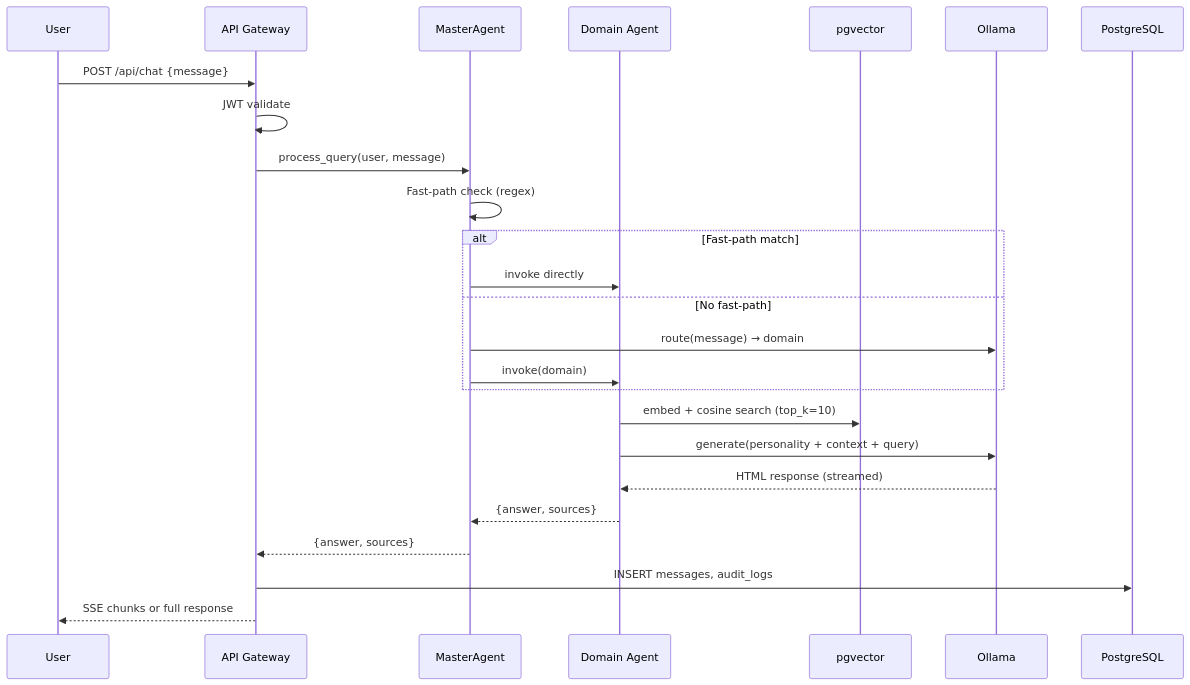
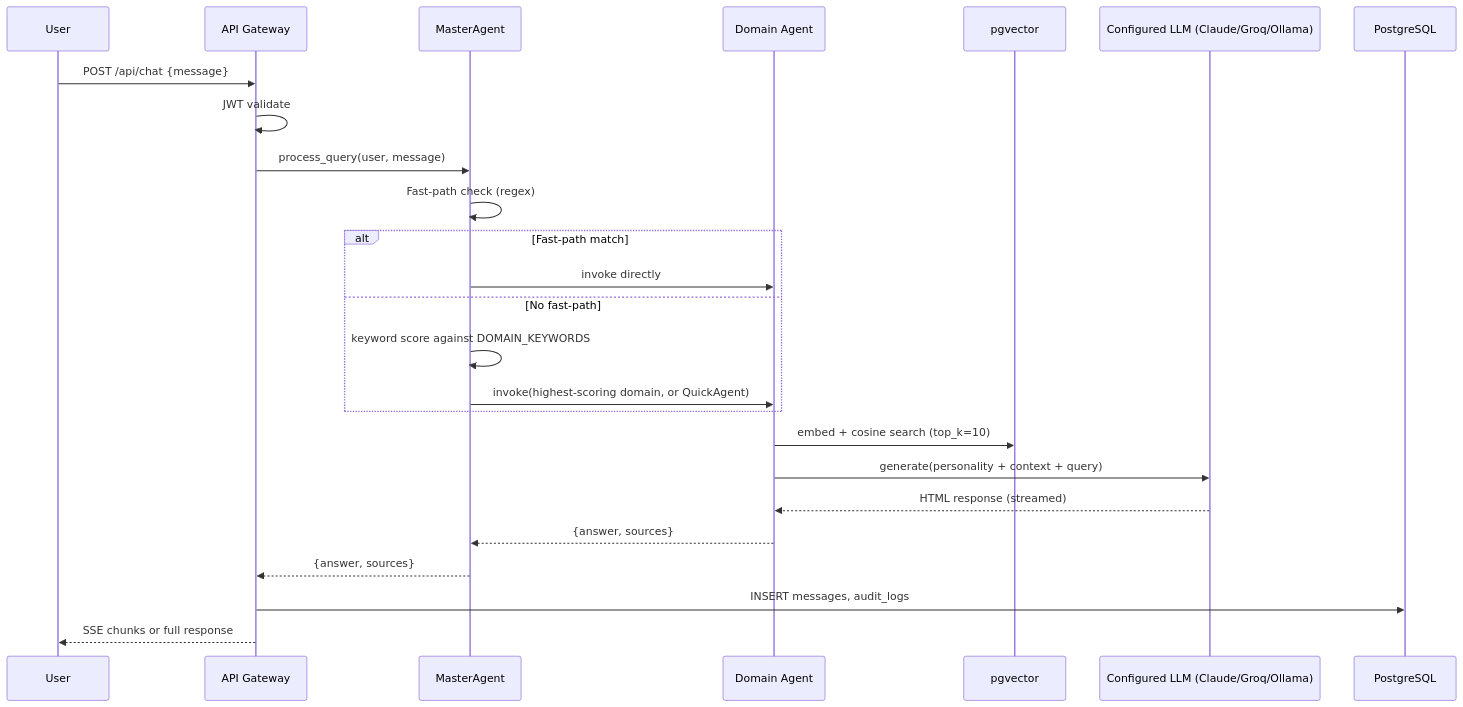
Before and after one commit to pdikondaaa/aa-hackathon: the second of 2 diagrams in knowledge-specs/docs/03-skills/skills-framework.md, drawn with Mermaid. The commit also changed other lines of this file and 71 other files, not shown here.

````diff
--- a/knowledge-specs/docs/03-skills/skills-framework.md
+++ b/knowledge-specs/docs/03-skills/skills-framework.md
@@ -145,28 +144,28 @@
 ```mermaid
 sequenceDiagram
     participant U as User
     participant GW as API Gateway
     participant MA as MasterAgent
     participant AG as Domain Agent
     participant VDB as pgvector
-    participant LLM as Ollama
+    participant LLM as Configured LLM (Claude/Groq/Ollama)
     participant DB as PostgreSQL
 
     U->>GW: POST /api/chat {message}
     GW->>GW: JWT validate
     GW->>MA: process_query(user, message)
     MA->>MA: Fast-path check (regex)
     alt Fast-path match
         MA->>AG: invoke directly
     else No fast-path
-        MA->>LLM: route(message) → domain
-        MA->>AG: invoke(domain)
+        MA->>MA: keyword score against DOMAIN_KEYWORDS
+        MA->>AG: invoke(highest-scoring domain, or QuickAgent)
     end
     AG->>VDB: embed + cosine search (top_k=10)
     AG->>LLM: generate(personality + context + query)
     LLM-->>AG: HTML response (streamed)
     AG-->>MA: {answer, sources}
     MA-->>GW: {answer, sources}
     GW->>DB: INSERT messages, audit_logs
     GW-->>U: SSE chunks or full response
 ```
````
